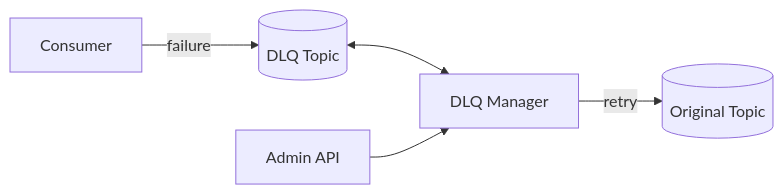
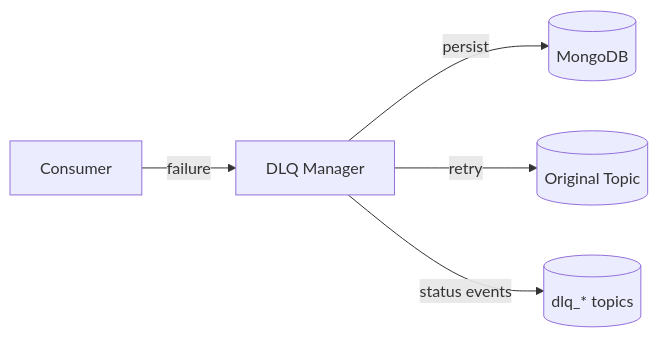
Before and after one commit to HardMax71/Integr8sCode: the third of 3 diagrams in docs/architecture/kafka-topic-architecture.md, drawn with Mermaid. The commit also changed other lines of this file and 56 other files, not shown here.

````diff
--- a/docs/architecture/kafka-topic-architecture.md
+++ b/docs/architecture/kafka-topic-architecture.md
@@ -129,7 +129,7 @@
 ```mermaid
 graph LR
-    Consumer[Consumer] -->|"failure"| DLQ[(DLQ Topic)]
-    DLQ <--> Manager[DLQ Manager]
+    Consumer[Consumer] -->|"failure"| Manager[DLQ Manager]
+    Manager -->|"persist"| MongoDB[(MongoDB)]
     Manager -->|"retry"| Original[(Original Topic)]
-    Admin[Admin API] --> Manager
+    Manager -->|"status events"| Kafka[(dlq_* topics)]
 ```
````
